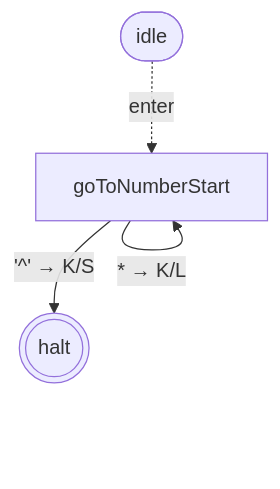
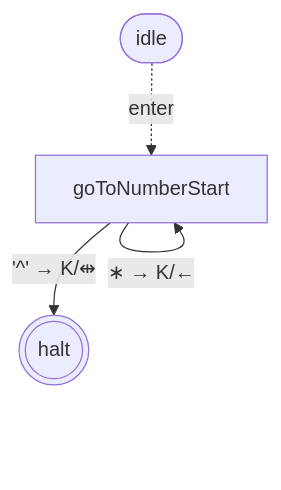
One commit to mellonis/turing-machine-js changed the fifth of 10 diagrams in packages/library-binary-numbers/states.md. Above: the diagram before and after it, drawn with Mermaid. The commit also changed other lines of this file and 6 other files, not shown here.

````diff
--- a/packages/library-binary-numbers/states.md
+++ b/packages/library-binary-numbers/states.md
@@ -81,10 +81,10 @@
 ```mermaid
 flowchart TD
 %% alphabets: [[" ","^","$","0","1"]]
   s0(((halt)))
   s5["goToNumberStart"]
   idle([idle])
   idle -. enter .-> s5
-  s5 -- "'^' → K/S" --> s0
-  s5 -- "* → K/L" --> s5
+  s5 -- "'^' → K/⇹" --> s0
+  s5 -- "∗ → K/←" --> s5
 ```
````
